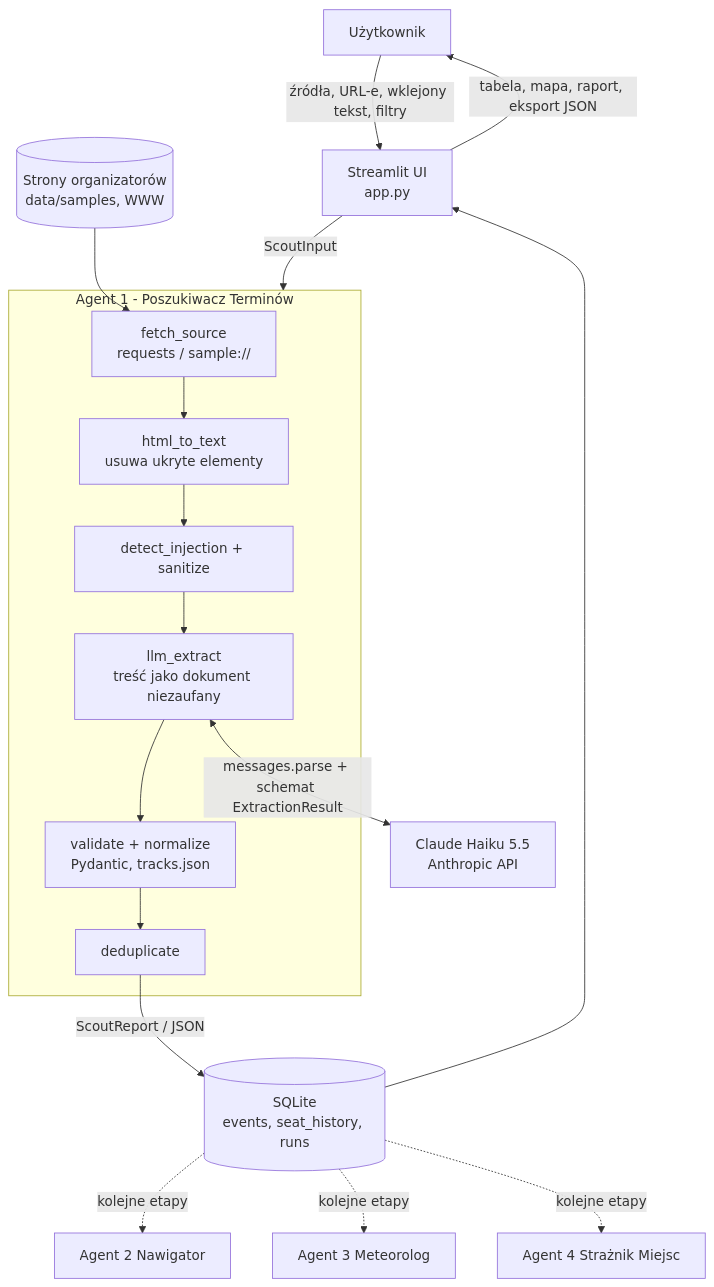
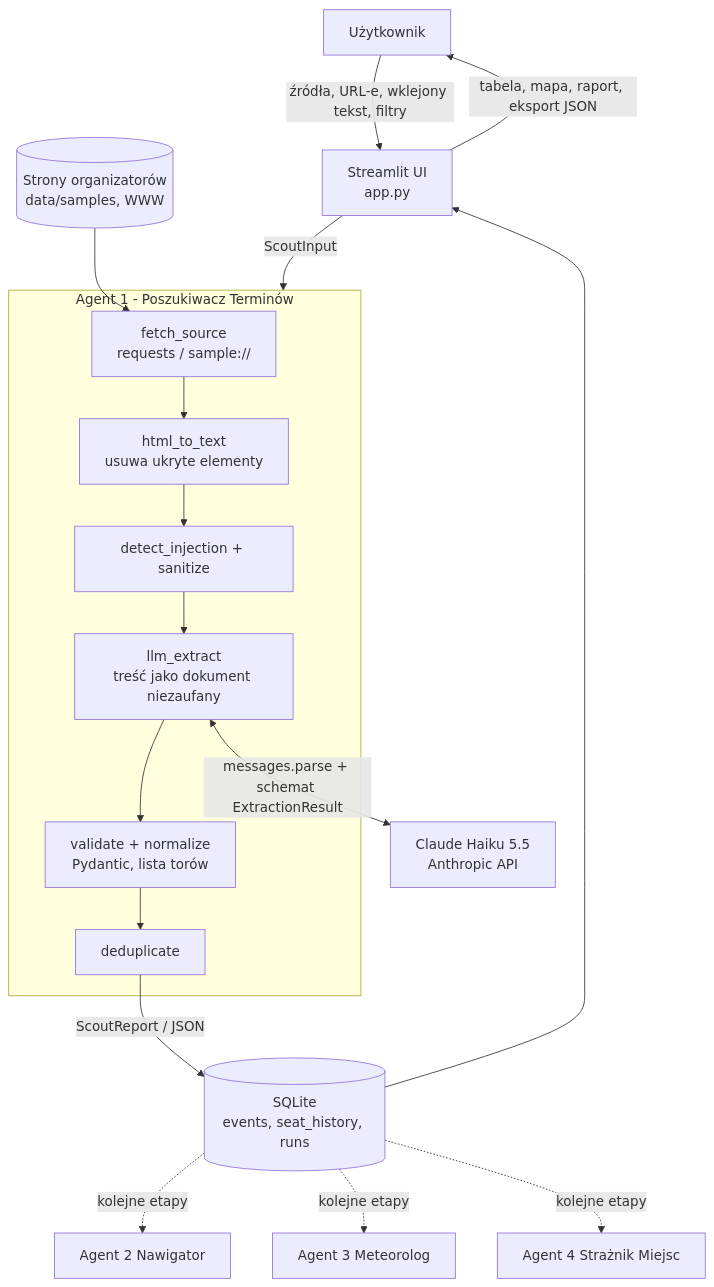
Before and after one commit to issabelth/TrackDayAgents: the diagram in README.md, drawn with Mermaid. The commit also changed other lines of this file and 7 other files, not shown here.

````diff
--- a/README.md
+++ b/README.md
@@ -102,23 +102,23 @@
 ```mermaid
 flowchart TD
     U[Użytkownik] -->|źródła, URL-e, wklejony tekst, filtry| UI[Streamlit UI<br/>app.py]
     UI -->|ScoutInput| A1
 
     subgraph A1[Agent 1 - Poszukiwacz Terminów]
         F[fetch_source<br/>requests / sample://] --> C[html_to_text<br/>usuwa ukryte elementy]
         C --> S[detect_injection + sanitize]
         S --> L[llm_extract<br/>treść jako dokument niezaufany]
-        L --> V[validate + normalize<br/>Pydantic, tracks.json]
+        L --> V[validate + normalize<br/>Pydantic, lista torów]
         V --> D[deduplicate]
     end
 
     W[(Strony organizatorów<br/>data/samples, WWW)] --> F
     L <-->|messages.parse + schemat ExtractionResult| M[Claude Haiku 5.5<br/>Anthropic API]
     D -->|ScoutReport / JSON| DB[(SQLite<br/>events, seat_history, runs)]
     DB --> UI
     UI -->|tabela, mapa, raport, eksport JSON| U
 
     DB -. kolejne etapy .-> A2[Agent 2 Nawigator]
     DB -. kolejne etapy .-> A3[Agent 3 Meteorolog]
     DB -. kolejne etapy .-> A4[Agent 4 Strażnik Miejsc]
 ```
````
